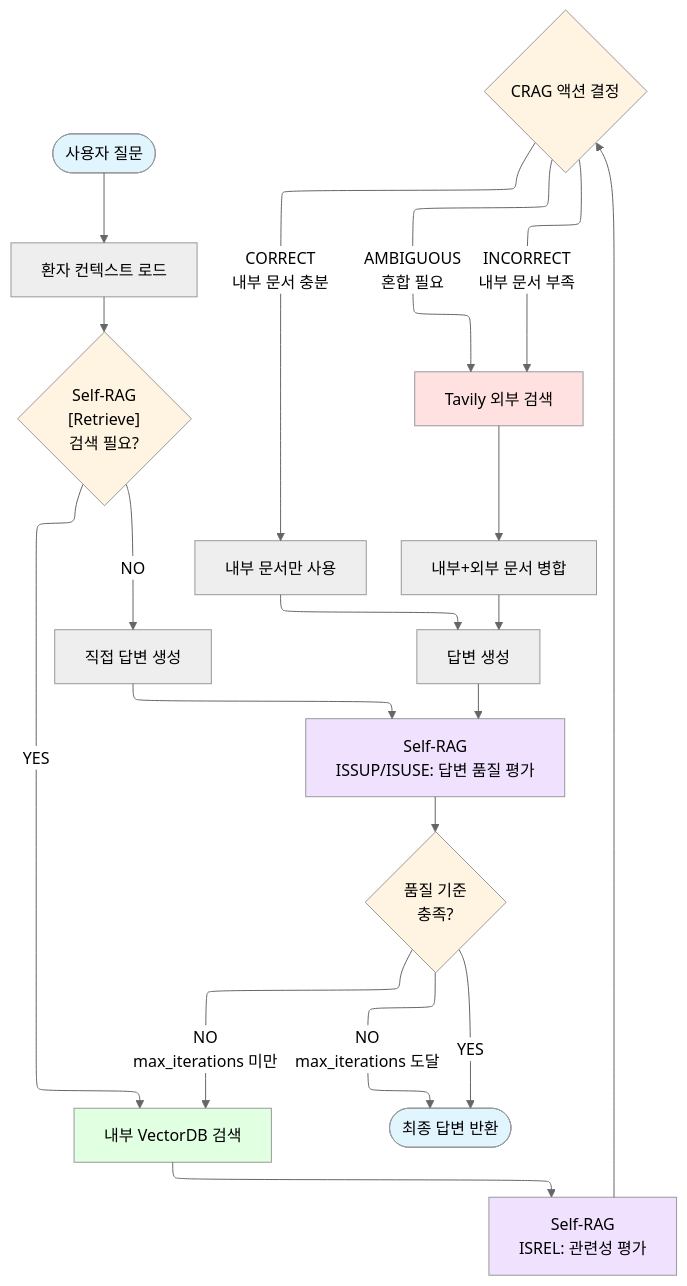
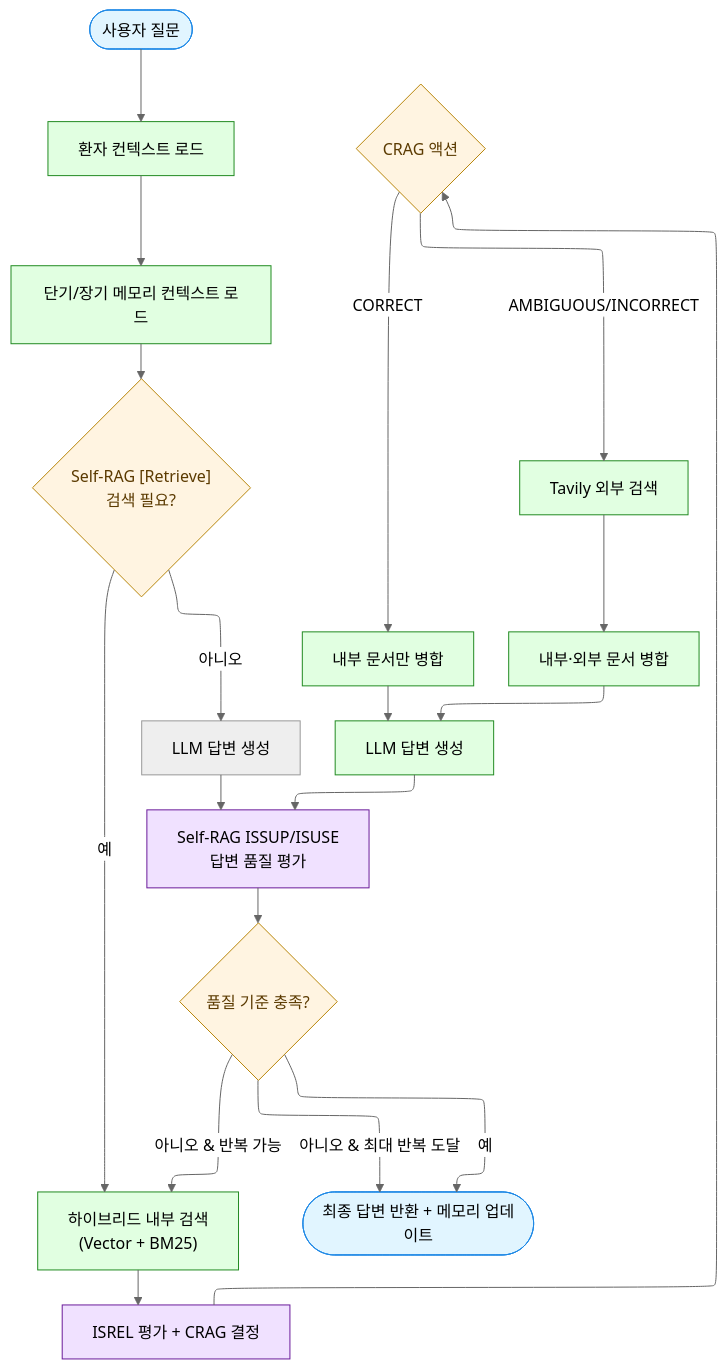
The diagram in README.md (pakyeon/Agentic-RAG-metabolic_syndrome_chatbot), drawn with Mermaid (neutral theme) before and after one commit. The commit also changed other lines of this file, not shown here.

Commit message:
docs: 시스템 워크플로우 다이어그램 및 설명 갱신

````diff
--- a/README.md
+++ b/README.md
@@ -71,45 +76,38 @@
 ```mermaid
 ---
 config:
   layout: elk
 ---
 flowchart TB
-    START(["사용자 질문"]) --> LOAD_PATIENT["환자 컨텍스트 로드"]
-    
-    LOAD_PATIENT --> RETRIEVE_DECISION{"Self-RAG<br/>[Retrieve]<br/>검색 필요?"}
-    
-    RETRIEVE_DECISION -- YES --> INTERNAL_SEARCH["내부 VectorDB 검색"]
-    RETRIEVE_DECISION -- NO --> DIRECT_ANSWER["직접 답변 생성"]
-    
-    INTERNAL_SEARCH --> ISREL["Self-RAG<br/>ISREL: 관련성 평가"]
-    
-    ISREL --> CRAG_DECISION{"CRAG 액션 결정"}
-    
-    CRAG_DECISION -- CORRECT<br/>내부 문서 충분 --> MERGE_INTERNAL["내부 문서만 사용"]
-    CRAG_DECISION -- INCORRECT<br/>내부 문서 부족 --> EXTERNAL_SEARCH["Tavily 외부 검색"]
-    CRAG_DECISION -- AMBIGUOUS<br/>혼합 필요 --> EXTERNAL_SEARCH
-    
-    EXTERNAL_SEARCH --> MERGE_MIXED["내부+외부 문서 병합"]
-    
-    MERGE_INTERNAL --> GENERATE["답변 생성"]
+    USER(["사용자 질문"]) --> LOAD_PATIENT["환자 컨텍스트 로드"]
+    LOAD_PATIENT --> LOAD_MEMORY["단기/장기 메모리 컨텍스트 로드"]
+    LOAD_MEMORY --> RETRIEVE_DECISION{"Self-RAG [Retrieve]
+검색 필요?"}
+    RETRIEVE_DECISION -- 예 --> INTERNAL_SEARCH["하이브리드 내부 검색
+(Vector + BM25)"]
+    RETRIEVE_DECISION -- 아니오 --> DIRECT_ANSWER["LLM 답변 생성"]
+    INTERNAL_SEARCH --> ISREL_CRAG["ISREL 평가 + CRAG 결정"]
+    ISREL_CRAG --> CRAG_DECISION{"CRAG 액션"}
+    CRAG_DECISION -- CORRECT --> MERGE_INTERNAL["내부 문서만 병합"]
+    CRAG_DECISION -- AMBIGUOUS/INCORRECT --> EXTERNAL_SEARCH["Tavily 외부 검색"]
+    EXTERNAL_SEARCH --> MERGE_MIXED["내부·외부 문서 병합"]
+    MERGE_INTERNAL --> GENERATE["LLM 답변 생성"]
     MERGE_MIXED --> GENERATE
-    DIRECT_ANSWER --> EVAL_ANSWER
-    
-    GENERATE --> EVAL_ANSWER["Self-RAG<br/>ISSUP/ISUSE: 답변 품질 평가"]
-    
-    EVAL_ANSWER --> QUALITY_CHECK{"품질 기준<br/>충족?"}
-    
-    QUALITY_CHECK -- YES --> END(["최종 답변 반환"])
-    QUALITY_CHECK -- NO<br/>max_iterations 미만 --> INTERNAL_SEARCH
-    QUALITY_CHECK -- NO<br/>max_iterations 도달 --> END
-    
-    style START fill:#e1f5ff
-    style RETRIEVE_DECISION fill:#fff4e1
-    style INTERNAL_SEARCH fill:#e1ffe1
-    style ISREL fill:#f0e1ff
-    style CRAG_DECISION fill:#fff4e1
-    style EXTERNAL_SEARCH fill:#ffe1e1
-    style EVAL_ANSWER fill:#f0e1ff
-    style QUALITY_CHECK fill:#fff4e1
-    style END fill:#e1f5ff
+    DIRECT_ANSWER --> EVAL
+    GENERATE --> EVAL["Self-RAG ISSUP/ISUSE
+답변 품질 평가"]
+    EVAL --> QUALITY_GATE{"품질 기준 충족?"}
+    QUALITY_GATE -- 예 --> FINAL(["최종 답변 반환 + 메모리 업데이트"])
+    QUALITY_GATE -- 아니오 & 반복 가능 --> INTERNAL_SEARCH
+    QUALITY_GATE -- 아니오 & 최대 반복 도달 --> FINAL
+
+    classDef decision fill:#fff4e1,stroke:#b8860b,color:#5b3a00;
+    classDef process fill:#e1ffe1,stroke:#228b22;
+    classDef io fill:#e1f5ff,stroke:#1e88e5;
+    classDef eval fill:#f0e1ff,stroke:#6a1b9a;
+
+    class USER,FINAL io;
+    class LOAD_PATIENT,LOAD_MEMORY,INTERNAL_SEARCH,EXTERNAL_SEARCH,MERGE_INTERNAL,MERGE_MIXED,GENERATE process;
+    class RETRIEVE_DECISION,CRAG_DECISION,QUALITY_GATE decision;
+    class ISREL_CRAG,EVAL eval;
 ```
````
